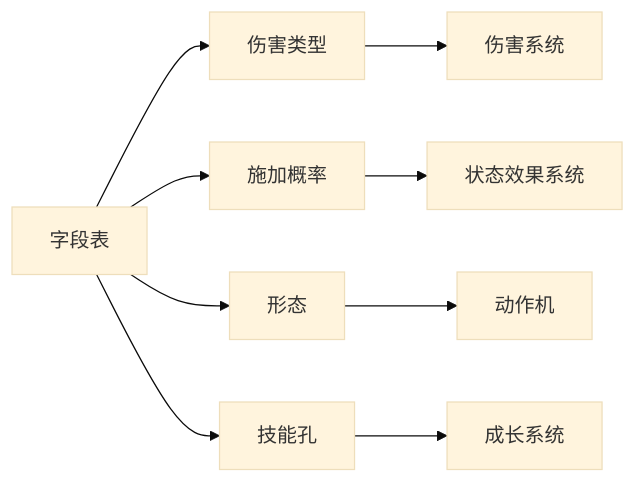
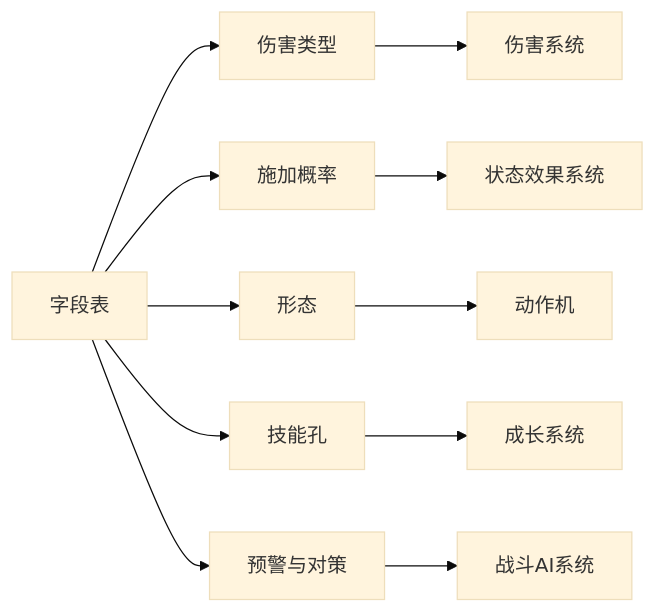
Before and after one commit to haohaoxuexiHAOHAO/Tinderhearth-The-Last-Class-Docs: the diagram in design/技能系统.md, drawn with Mermaid (base theme). The commit also changed other lines of this file and 19 other files, not shown here.

````diff
--- a/design/技能系统.md
+++ b/design/技能系统.md
@@ -76,11 +81,13 @@
 ```mermaid
 flowchart LR
     字段表 --> 伤害类型
     字段表 --> 施加概率
     字段表 --> 形态
     字段表 --> 技能孔
+    字段表 --> 预警与对策
     伤害类型 --> 伤害系统
     施加概率 --> 状态效果系统
     形态 --> 动作机
     技能孔 --> 成长系统
+    预警与对策 --> 战斗AI系统
 ```
````
